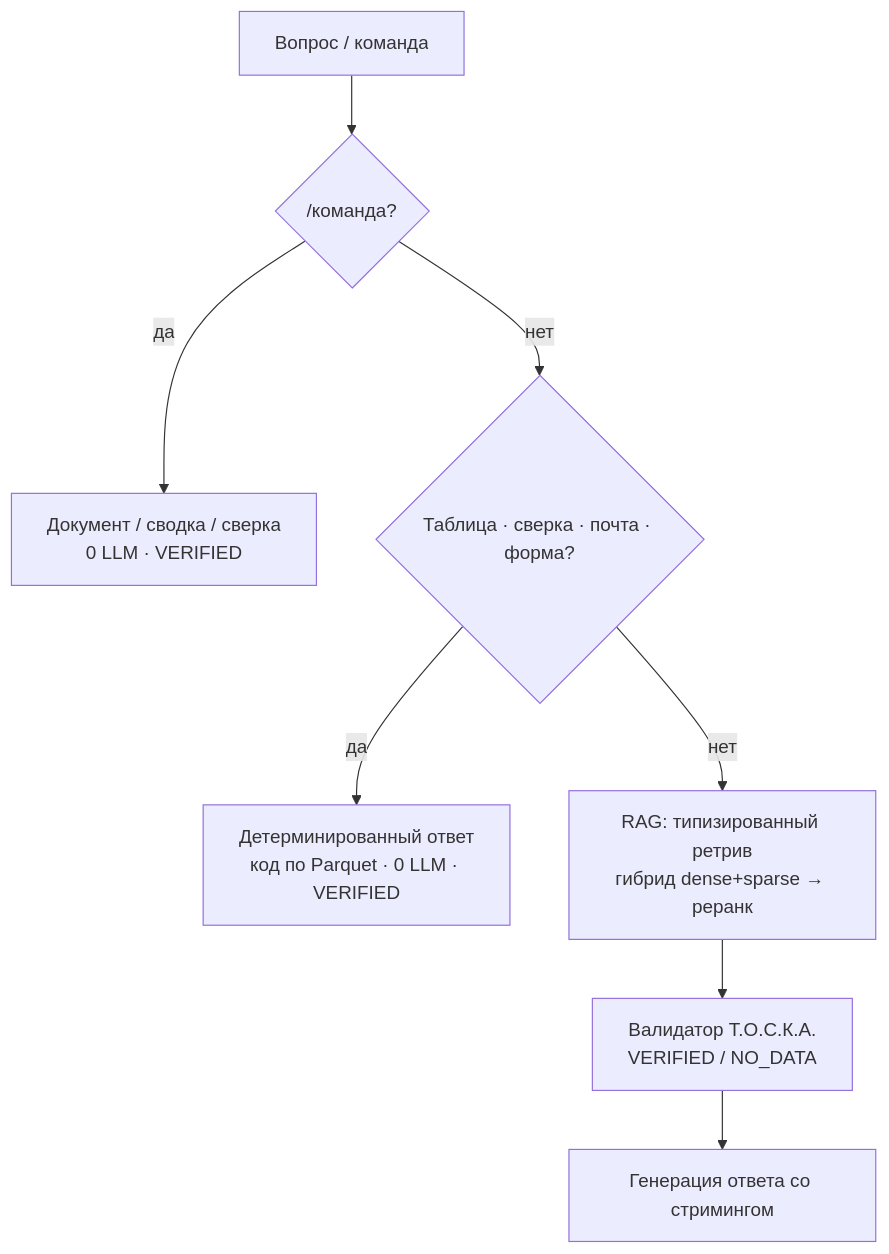
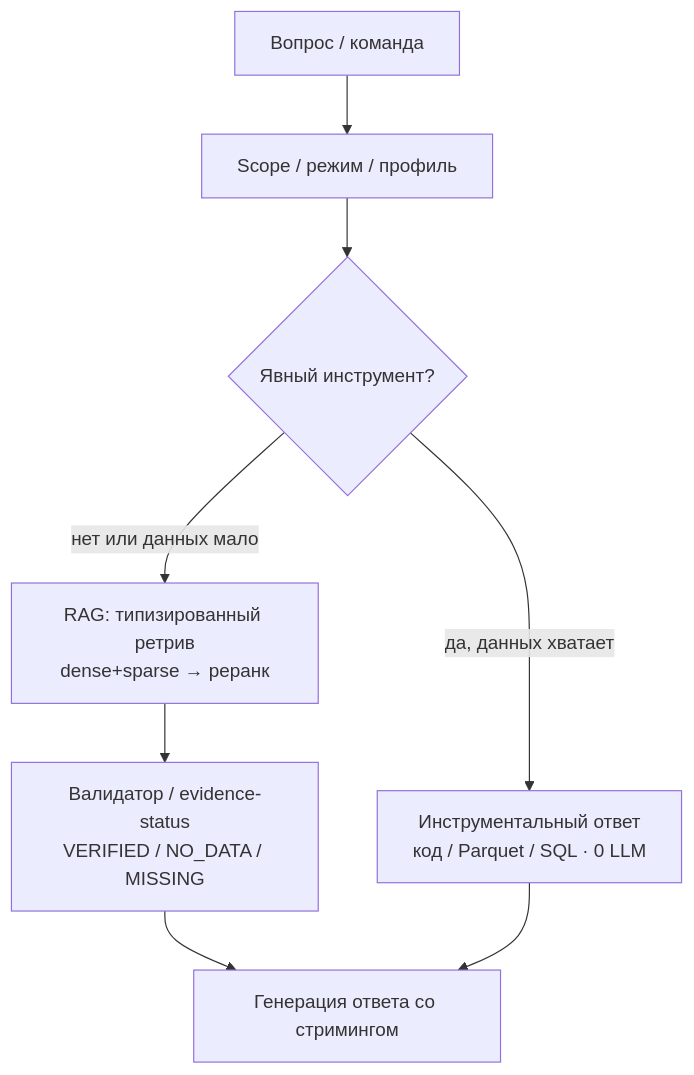
The first of 3 diagrams in README.md (proovcme/les_rag_public), drawn with Mermaid before and after one commit. The commit also changed other lines of this file and 8 other files, not shown here.

````diff
--- a/README.md
+++ b/README.md
@@ -57,10 +60,10 @@
 ```mermaid
 flowchart TD
-    Q["Вопрос / команда"] --> CMD{"/команда?"}
-    CMD -->|да| FORM["Документ / сводка / сверка<br/>0 LLM · VERIFIED"]
-    CMD -->|нет| DET{"Таблица · сверка · почта · форма?"}
-    DET -->|да| CODE["Детерминированный ответ<br/>код по Parquet · 0 LLM · VERIFIED"]
-    DET -->|нет| RAG["RAG: типизированный ретрив<br/>гибрид dense+sparse → реранк"]
-    RAG --> VAL["Валидатор Т.О.С.К.А.<br/>VERIFIED / NO_DATA"]
+    Q["Вопрос / команда"] --> SCOPE["Scope / режим / профиль"]
+    SCOPE --> CMD{"Явный инструмент?"}
+    CMD -->|да, данных хватает| CODE["Инструментальный ответ<br/>код / Parquet / SQL · 0 LLM"]
+    CMD -->|нет или данных мало| RAG["RAG: типизированный ретрив<br/>dense+sparse → реранк"]
+    RAG --> VAL["Валидатор / evidence-status<br/>VERIFIED / NO_DATA / MISSING"]
     VAL --> GEN["Генерация ответа со стримингом"]
+    CODE --> GEN
 ```
````
